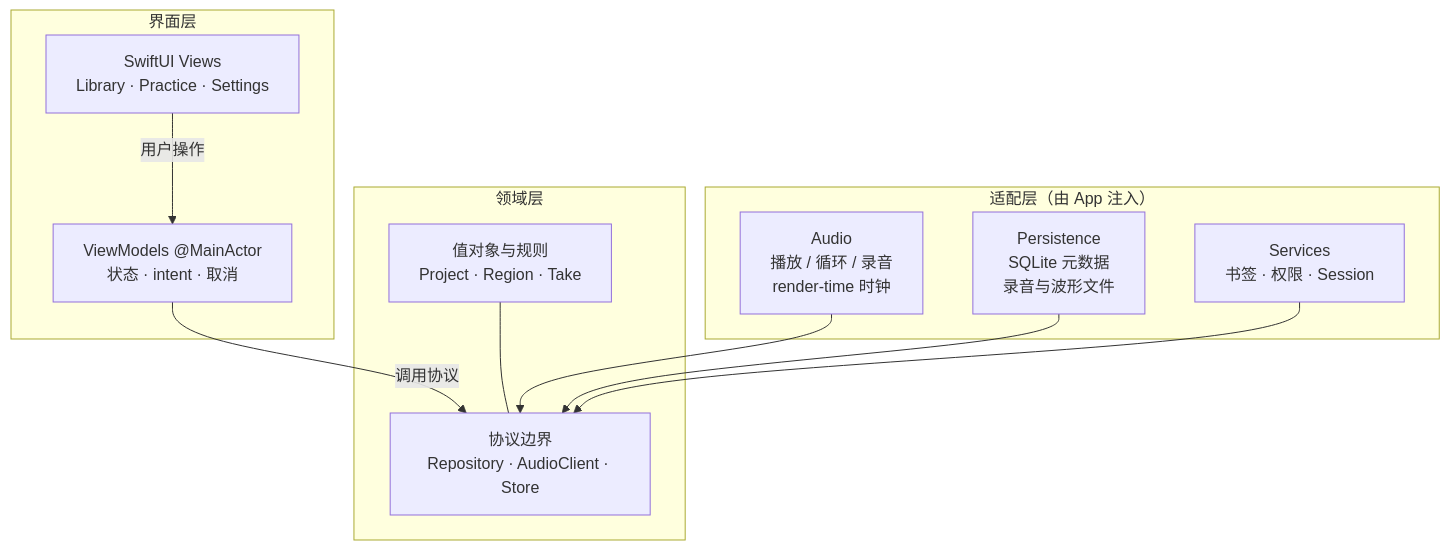
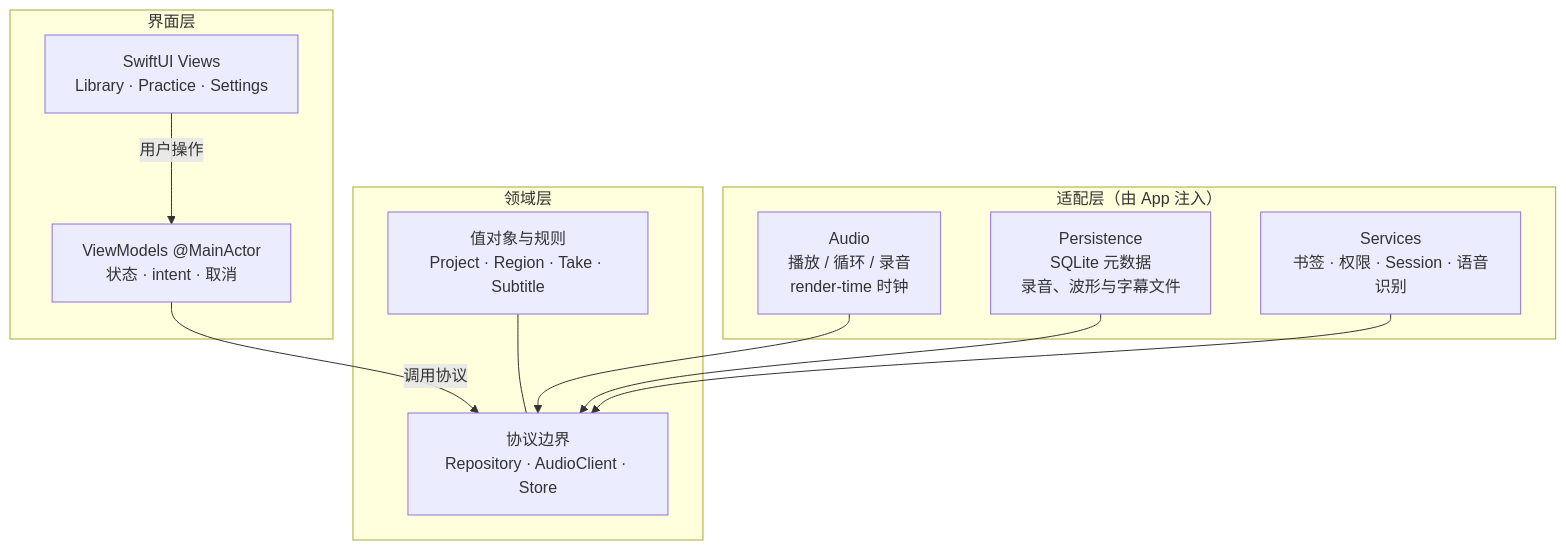
One commit to hedon954/shadowing changed the second of 2 diagrams in README.md. Above: the diagram before and after it, drawn with Mermaid. The commit also changed other lines of this file, not shown here.

````diff
--- a/README.md
+++ b/README.md
@@ -62,25 +73,25 @@
 ```mermaid
 flowchart TB
   subgraph UI["界面层"]
     Views["SwiftUI Views<br/>Library · Practice · Settings"]
     VM["ViewModels @MainActor<br/>状态 · intent · 取消"]
   end
 
   subgraph Domain["领域层"]
-    Models["值对象与规则<br/>Project · Region · Take"]
+    Models["值对象与规则<br/>Project · Region · Take · Subtitle"]
     Protocols["协议边界<br/>Repository · AudioClient · Store"]
   end
 
   subgraph Adapters["适配层（由 App 注入）"]
     Audio["Audio<br/>播放 / 循环 / 录音<br/>render-time 时钟"]
-    Persist["Persistence<br/>SQLite 元数据<br/>录音与波形文件"]
-    Services["Services<br/>书签 · 权限 · Session"]
+    Persist["Persistence<br/>SQLite 元数据<br/>录音、波形与字幕文件"]
+    Services["Services<br/>书签 · 权限 · Session · 语音识别"]
   end
 
   Views -->|"用户操作"| VM
   VM -->|"调用协议"| Protocols
   Models --- Protocols
   Audio --> Protocols
   Persist --> Protocols
   Services --> Protocols
 ```
````
